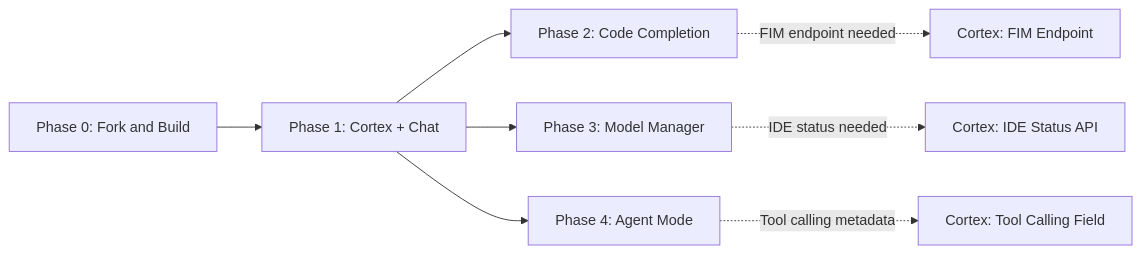
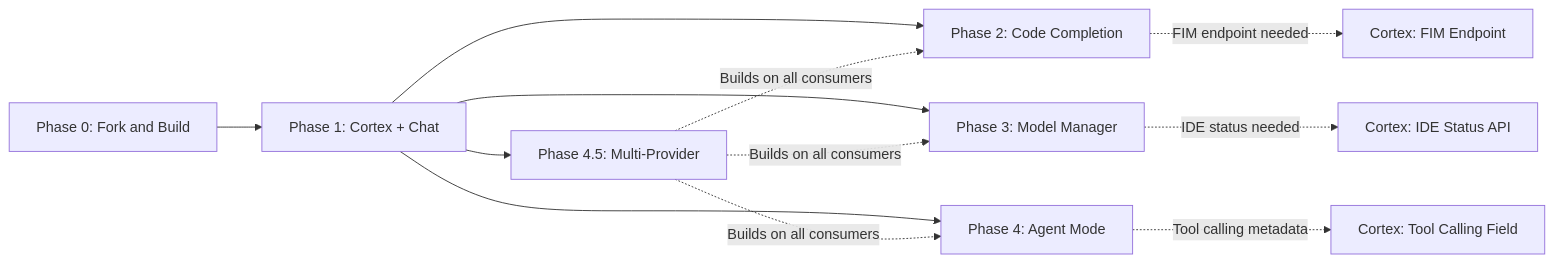
One commit to darkhorse-and-bandit/sandtable changed the diagram in docs/project/MILESTONES.md. Above: the diagram before and after it, drawn with Mermaid. The commit also changed other lines of this file and 58 other files, not shown here.

First line of the commit message:
UX Overhaul Phase 2: VS Code Chat integration, multi-provider models, tool calling, and settings reorganization

````diff
--- a/docs/project/MILESTONES.md
+++ b/docs/project/MILESTONES.md
@@ -17,10 +18,14 @@
 ```mermaid
 flowchart LR
     P0[Phase 0: Fork and Build] --> P1[Phase 1: Cortex + Chat]
     P1 --> P2[Phase 2: Code Completion]
     P1 --> P3[Phase 3: Model Manager]
     P1 --> P4A[Phase 4: Agent Mode]
+    P1 --> P4_5[Phase 4.5: Multi-Provider]
     P2 -.->|FIM endpoint needed| CortexFIM[Cortex: FIM Endpoint]
     P3 -.->|IDE status needed| CortexIDE[Cortex: IDE Status API]
     P4A -.->|Tool calling metadata| CortexTool[Cortex: Tool Calling Field]
+    P4_5 -.->|Builds on all consumers| P2
+    P4_5 -.->|Builds on all consumers| P3
+    P4_5 -.->|Builds on all consumers| P4A
 ```
````
